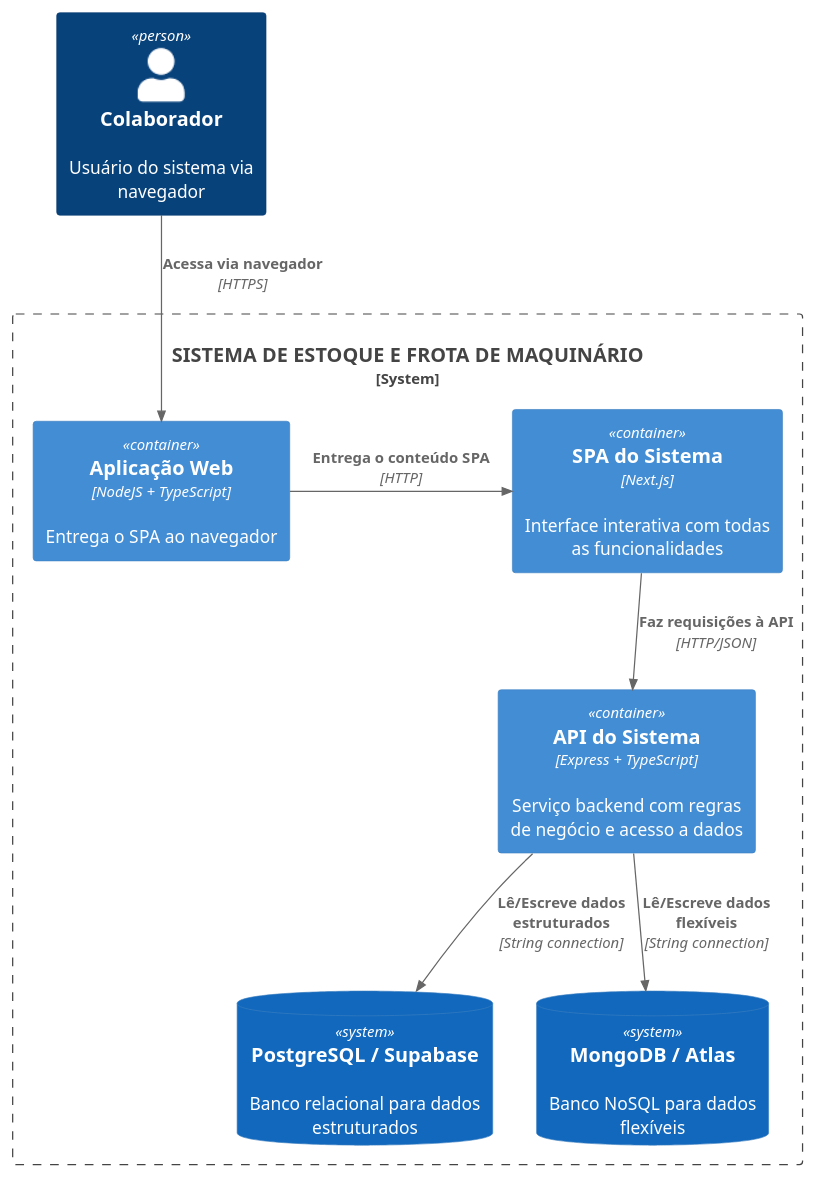
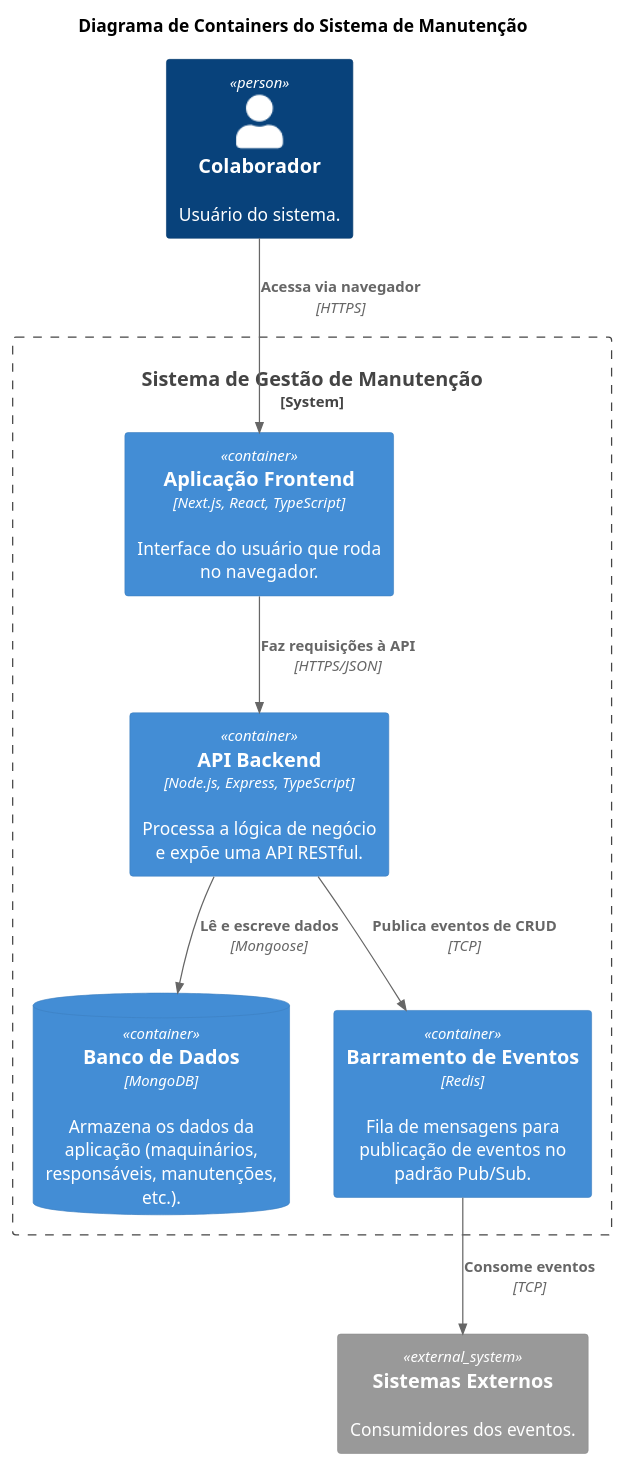
Before and after one commit to SPD-BES-2025-3/grupo10: the diagram in 2- ARQUITETURA/container.puml, drawn with PlantUML. The commit also changed 39 other files, not shown here.

Commit message:
fix crud de estoque e manutenção

```diff
--- a/2- ARQUITETURA/container.puml
+++ b/2- ARQUITETURA/container.puml
@@ -1,22 +1,23 @@
-@startuml
+@startuml C4_Container
+!include https://raw.githubusercontent.com/plantuml-stdlib/C4-PlantUML/master/C4_Container.puml
 
-!include <C4/C4_container>
-!include <C4/C4_Component>
+title Diagrama de Containers do Sistema de Manutenção
 
-Person(Usuario, "Colaborador", "Usuário do sistema via navegador")
+Person(colaborador, "Colaborador", "Usuário do sistema.")
 
-System_Boundary(SEM, "SISTEMA DE ESTOQUE E FROTA DE MAQUINÁRIO") {
-    Container(WebApp, "Aplicação Web", "NodeJS + TypeScript", "Entrega o SPA ao navegador")
-    Container(SPA, "SPA do Sistema", "Next.js", "Interface interativa com todas as funcionalidades")
-    Container(API, "API do Sistema", "Express + TypeScript", "Serviço backend com regras de negócio e acesso a dados")
-    SystemDb(PostgreSQL, "PostgreSQL / Supabase", "Banco relacional para dados estruturados")
-    SystemDb(MongoDB, "MongoDB / Atlas", "Banco NoSQL para dados flexíveis")
+System_Boundary(sistema_manutencao, "Sistema de Gestão de Manutenção") {
+    Container(frontend, "Aplicação Frontend", "Next.js, React, TypeScript", "Interface do usuário que roda no navegador.")
+    Container(backend, "API Backend", "Node.js, Express, TypeScript", "Processa a lógica de negócio e expõe uma API RESTful.")
+    ContainerDb(database, "Banco de Dados", "MongoDB", "Armazena os dados da aplicação (maquinários, responsáveis, manutenções, etc.).")
+    Container(redis, "Barramento de Eventos", "Redis", "Fila de mensagens para publicação de eventos no padrão Pub/Sub.")
 }
 
-Rel(Usuario, WebApp, "Acessa via navegador", "HTTPS")
-Rel_R(WebApp, SPA, "Entrega o conteúdo SPA", "HTTP")
-Rel(SPA, API, "Faz requisições à API", "HTTP/JSON")
-Rel(API, PostgreSQL, "Lê/Escreve dados estruturados", "String connection")
-Rel(API, MongoDB, "Lê/Escreve dados flexíveis", "String connection")
+System_Ext(sistemas_externos, "Sistemas Externos", "Consumidores dos eventos.")
+
+Rel(colaborador, frontend, "Acessa via navegador", "HTTPS")
+Rel(frontend, backend, "Faz requisições à API", "HTTPS/JSON")
+Rel(backend, database, "Lê e escreve dados", "Mongoose")
+Rel(backend, redis, "Publica eventos de CRUD", "TCP")
+Rel(redis, sistemas_externos, "Consome eventos", "TCP")
 
 @enduml
```
